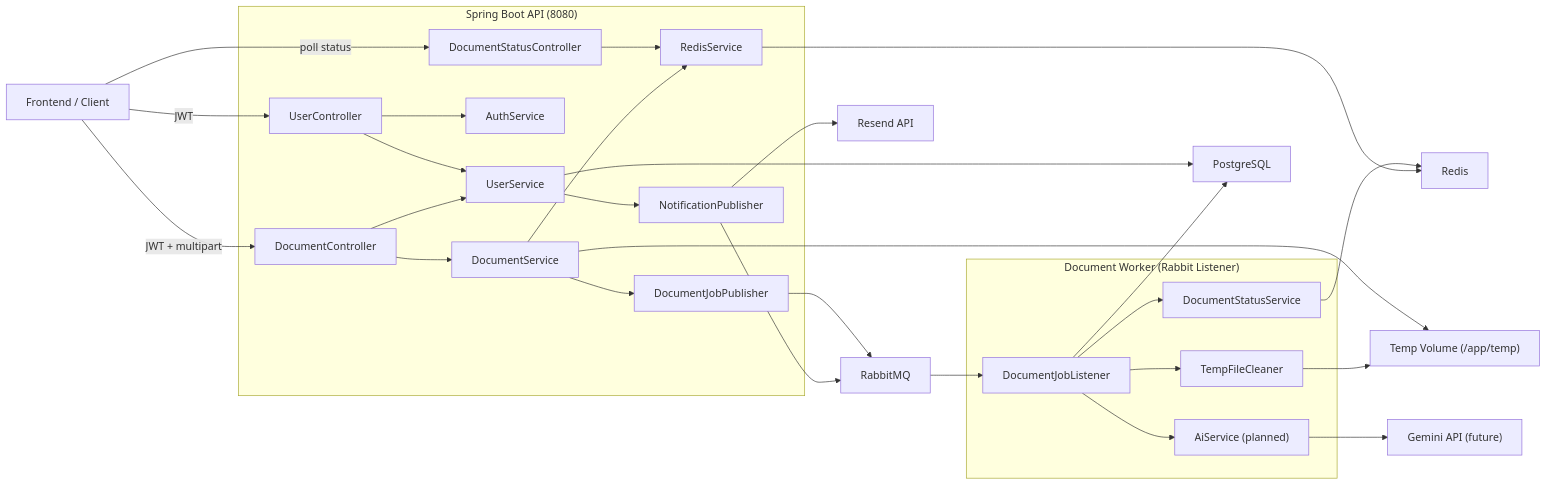
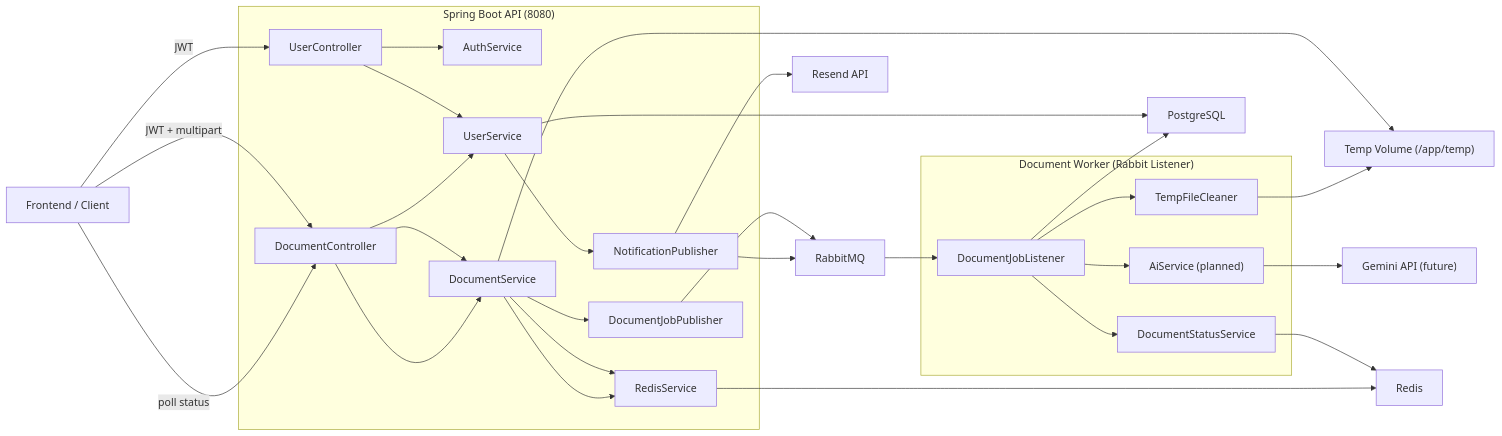
Before and after one commit to Adeniyi-Bella/Java-Admina-Backend: the diagram in README.md, drawn with Mermaid. The commit also changed other lines of this file and 7 other files, not shown here.

````diff
--- a/README.md
+++ b/README.md
@@ -7,63 +7,63 @@
 ```mermaid
 flowchart LR
   FE[Frontend / Client]
 
   subgraph API["Spring Boot API (8080)"]
     CTRL_USER["UserController"]
     CTRL_DOC["DocumentController"]
-    CTRL_STATUS["DocumentStatusController"]
     SVC_AUTH["AuthService"]
     SVC_USER["UserService"]
     SVC_DOC["DocumentService"]
     SVC_REDIS["RedisService"]
     PUB_DOC["DocumentJobPublisher"]
     PUB_EMAIL["NotificationPublisher"]
   end
 
   subgraph WORKER["Document Worker (Rabbit Listener)"]
     LISTENER["DocumentJobListener"]
     TEMP_CLEAN["TempFileCleaner"]
     STATUS_SVC["DocumentStatusService"]
     AI_SVC["AiService (planned)"]
   end
 
   FS["Temp Volume (/app/temp)"]
   MQ["RabbitMQ"]
   R["Redis"]
   PG["PostgreSQL"]
   RESEND["Resend API"]
   AI["Gemini API (future)"]
 
   FE -->|JWT + multipart| CTRL_DOC
   FE -->|JWT| CTRL_USER
-  FE -->|poll status| CTRL_STATUS
+  FE -->|poll status| CTRL_DOC
 
   CTRL_USER --> SVC_AUTH
   CTRL_USER --> SVC_USER
   CTRL_DOC --> SVC_USER
   CTRL_DOC --> SVC_DOC
-  CTRL_STATUS --> SVC_REDIS
+  CTRL_DOC --> SVC_DOC
+  SVC_DOC --> SVC_REDIS
 
   SVC_DOC --> FS
   SVC_DOC --> SVC_REDIS
   SVC_DOC --> PUB_DOC
 
   SVC_USER --> PG
   SVC_USER --> PUB_EMAIL
 
   PUB_DOC --> MQ
   PUB_EMAIL --> MQ
 
   MQ --> LISTENER
   LISTENER --> STATUS_SVC
   LISTENER --> TEMP_CLEAN
   LISTENER --> AI_SVC
   LISTENER --> PG
 
   STATUS_SVC --> R
   SVC_REDIS --> R
   TEMP_CLEAN --> FS
 
   PUB_EMAIL --> RESEND
   AI_SVC --> AI
 ```
````
